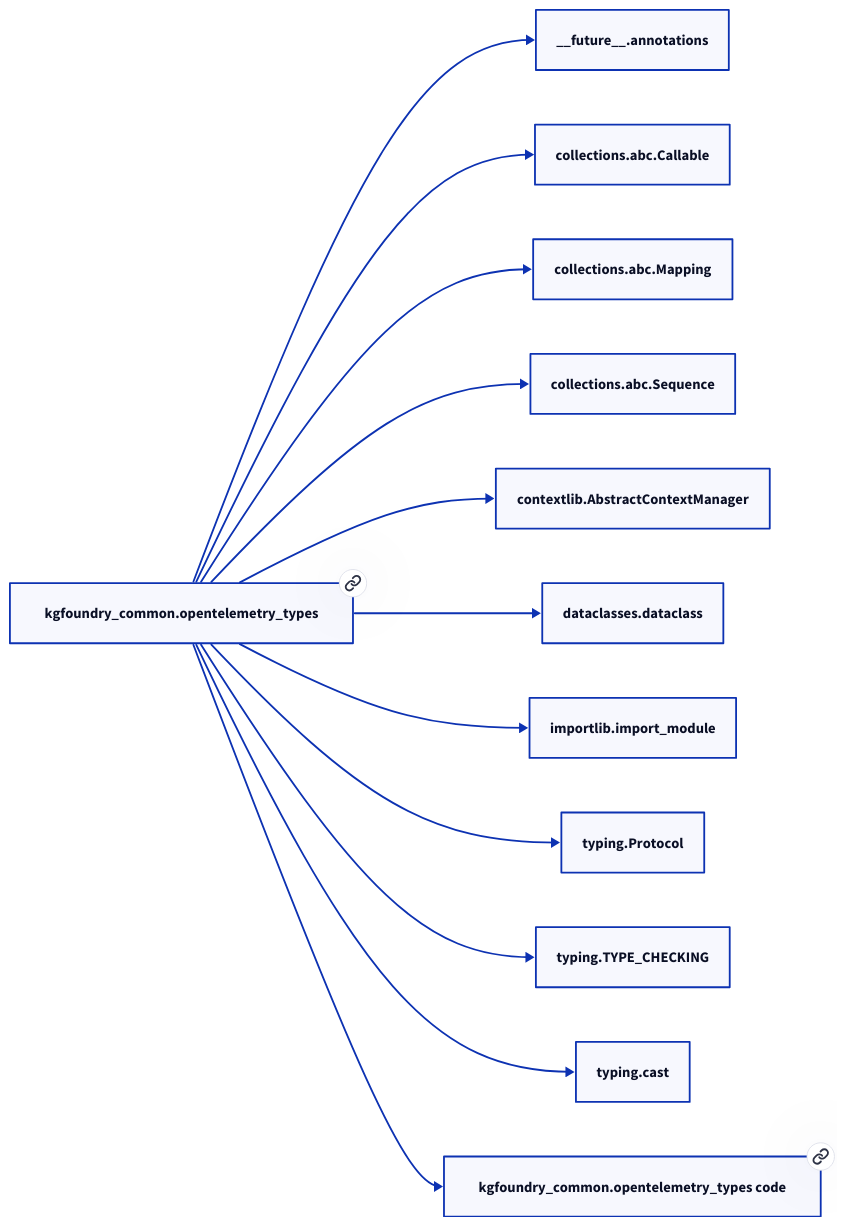
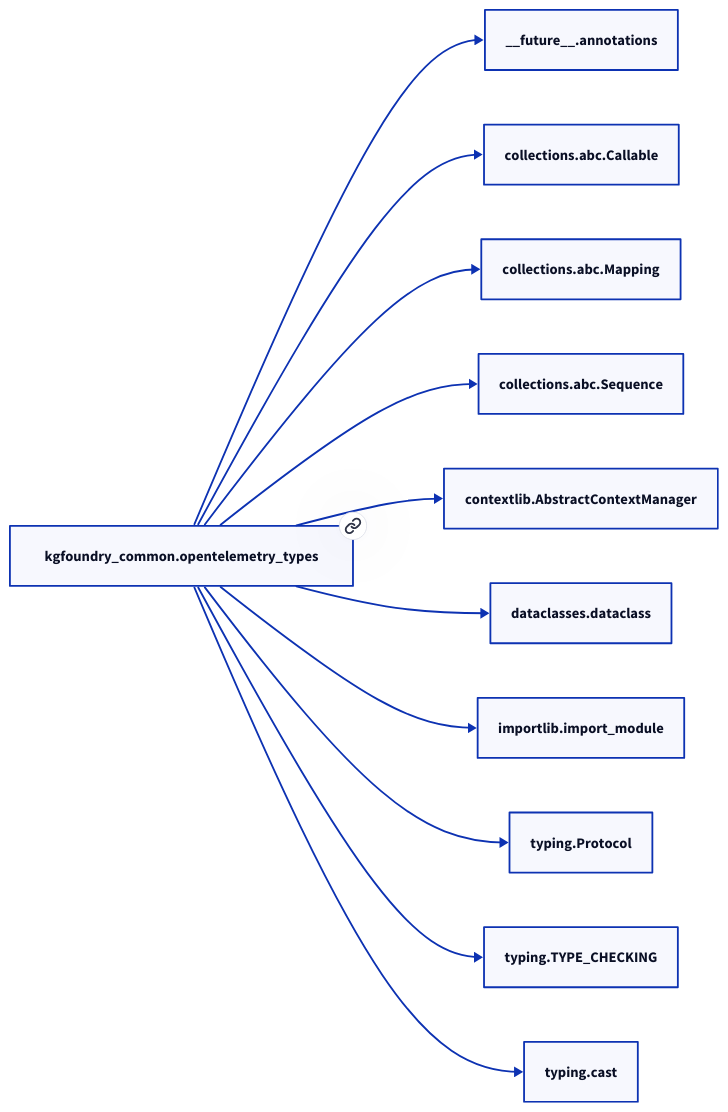
The second of 2 diagrams in docs/modules/kgfoundry_common/opentelemetry_types.md (paul-heyse/kgforge), drawn with D2 before and after one commit. The commit also changed other lines of this file and 118 other files, not shown here.

````diff
--- a/docs/modules/kgfoundry_common/opentelemetry_types.md
+++ b/docs/modules/kgfoundry_common/opentelemetry_types.md
@@ -120,26 +118,24 @@
 ```d2
 direction: right
-"kgfoundry_common.opentelemetry_types": "kgfoundry_common.opentelemetry_types" { link: "./kgfoundry_common/opentelemetry_types.md" }
+"kgfoundry_common.opentelemetry_types": "kgfoundry_common.opentelemetry_types" { link: "opentelemetry_types.md" }
 "__future__.annotations": "__future__.annotations"
 "kgfoundry_common.opentelemetry_types" -> "__future__.annotations"
 "collections.abc.Callable": "collections.abc.Callable"
 "kgfoundry_common.opentelemetry_types" -> "collections.abc.Callable"
 "collections.abc.Mapping": "collections.abc.Mapping"
 "kgfoundry_common.opentelemetry_types" -> "collections.abc.Mapping"
 "collections.abc.Sequence": "collections.abc.Sequence"
 "kgfoundry_common.opentelemetry_types" -> "collections.abc.Sequence"
 "contextlib.AbstractContextManager": "contextlib.AbstractContextManager"
 "kgfoundry_common.opentelemetry_types" -> "contextlib.AbstractContextManager"
 "dataclasses.dataclass": "dataclasses.dataclass"
 "kgfoundry_common.opentelemetry_types" -> "dataclasses.dataclass"
 "importlib.import_module": "importlib.import_module"
 "kgfoundry_common.opentelemetry_types" -> "importlib.import_module"
 "typing.Protocol": "typing.Protocol"
 "kgfoundry_common.opentelemetry_types" -> "typing.Protocol"
 "typing.TYPE_CHECKING": "typing.TYPE_CHECKING"
 "kgfoundry_common.opentelemetry_types" -> "typing.TYPE_CHECKING"
 "typing.cast": "typing.cast"
 "kgfoundry_common.opentelemetry_types" -> "typing.cast"
-"kgfoundry_common.opentelemetry_types_code": "kgfoundry_common.opentelemetry_types code" { link: "https://github.com/kgfoundry/kgfoundry/blob/main/src/kgfoundry_common/opentelemetry_types.py" }
-"kgfoundry_common.opentelemetry_types" -> "kgfoundry_common.opentelemetry_types_code" { style: dashed }
 ```
````
